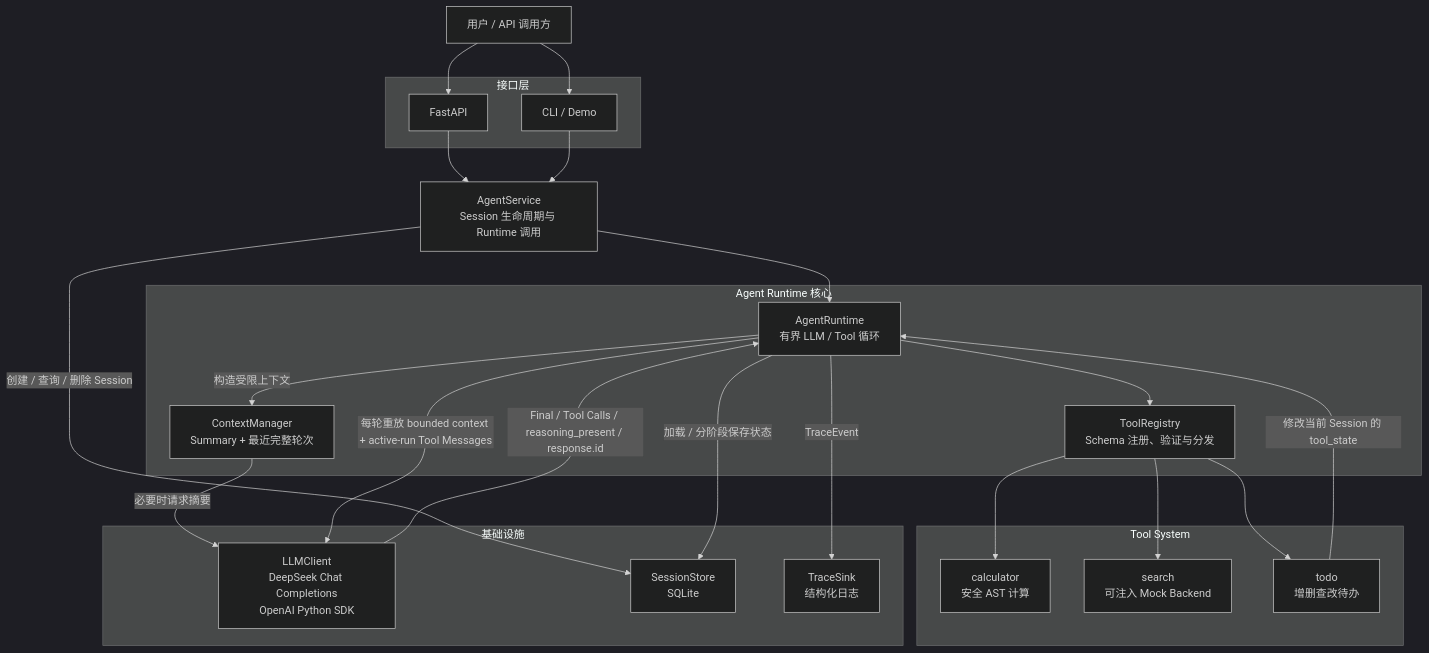
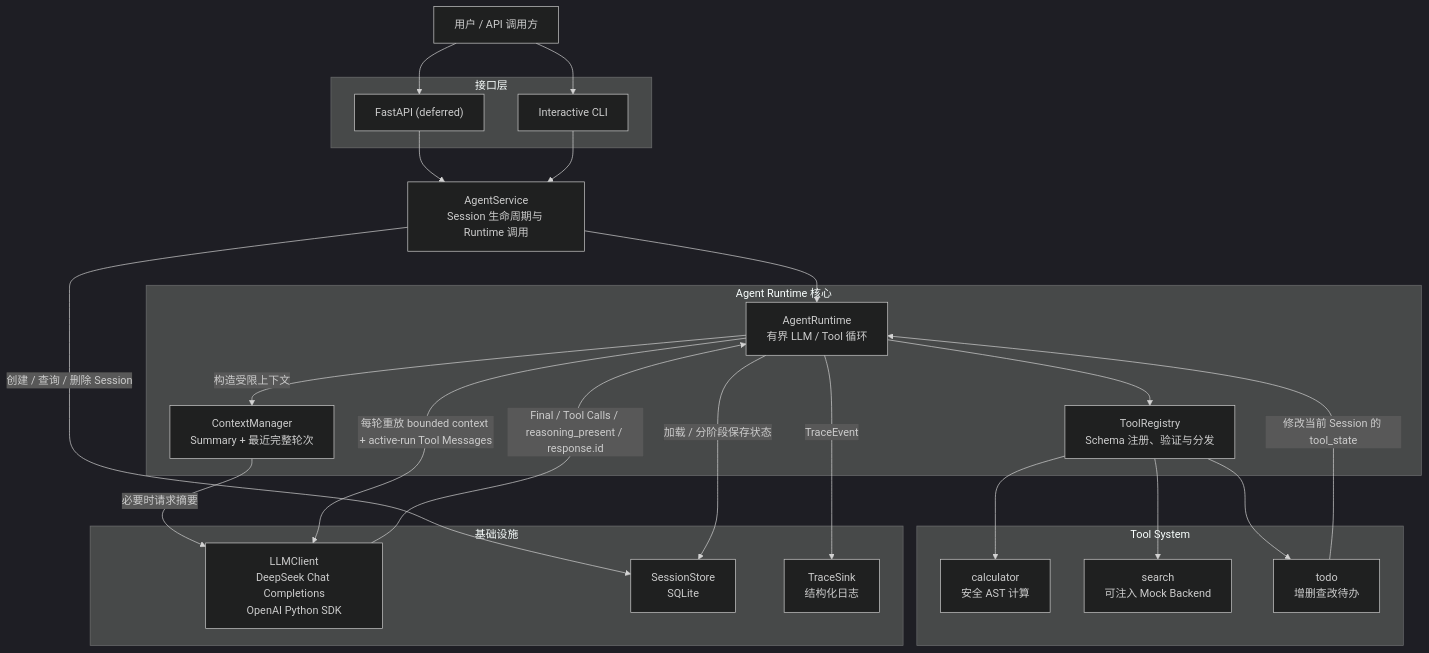
Before and after one commit to zhou-yusen/Minimal-Agent: the first of 2 diagrams in docs/diagrams.md, drawn with Mermaid (dark theme). The commit also changed 15 other files, not shown here.

First line of the commit message:
feat(cli): add interactive agent entrypoint

````diff
--- a/docs/diagrams.md
+++ b/docs/diagrams.md
@@ -7,51 +7,51 @@
 ```mermaid
 flowchart TB
     User["用户 / API 调用方"]
 
     subgraph Adapters["接口层"]
-        API["FastAPI"]
-        CLI["CLI / Demo"]
+        API["FastAPI (deferred)"]
+        CLI["Interactive CLI"]
     end
 
     Service["AgentService<br/>Session 生命周期与 Runtime 调用"]
 
     subgraph Core["Agent Runtime 核心"]
         Runtime["AgentRuntime<br/>有界 LLM / Tool 循环"]
         Context["ContextManager<br/>Summary + 最近完整轮次"]
         Registry["ToolRegistry<br/>Schema 注册、验证与分发"]
     end
 
     subgraph Tools["Tool System"]
         Calculator["calculator<br/>安全 AST 计算"]
         Search["search<br/>可注入 Mock Backend"]
         Todo["todo<br/>增删查改待办"]
     end
 
     subgraph Infrastructure["基础设施"]
         LLM["LLMClient<br/>DeepSeek Chat Completions<br/>OpenAI Python SDK"]
         Store["SessionStore<br/>SQLite"]
         Trace["TraceSink<br/>结构化日志"]
     end
 
     User --> API
     User --> CLI
     API --> Service
     CLI --> Service
 
     Service --> Runtime
     Service -->|"创建 / 查询 / 删除 Session"| Store
 
     Runtime -->|"加载 / 分阶段保存状态"| Store
     Runtime -->|"构造受限上下文"| Context
     Context -->|"必要时请求摘要"| LLM
     Runtime -->|"每轮重放 bounded context + active-run Tool Messages"| LLM
     LLM -->|"Final / Tool Calls / reasoning_present / response.id"| Runtime
 
     Runtime --> Registry
     Registry --> Calculator
     Registry --> Search
     Registry --> Todo
 
     Todo -->|"修改当前 Session 的 tool_state"| Runtime
     Runtime -->|"TraceEvent"| Trace
 ```
````
